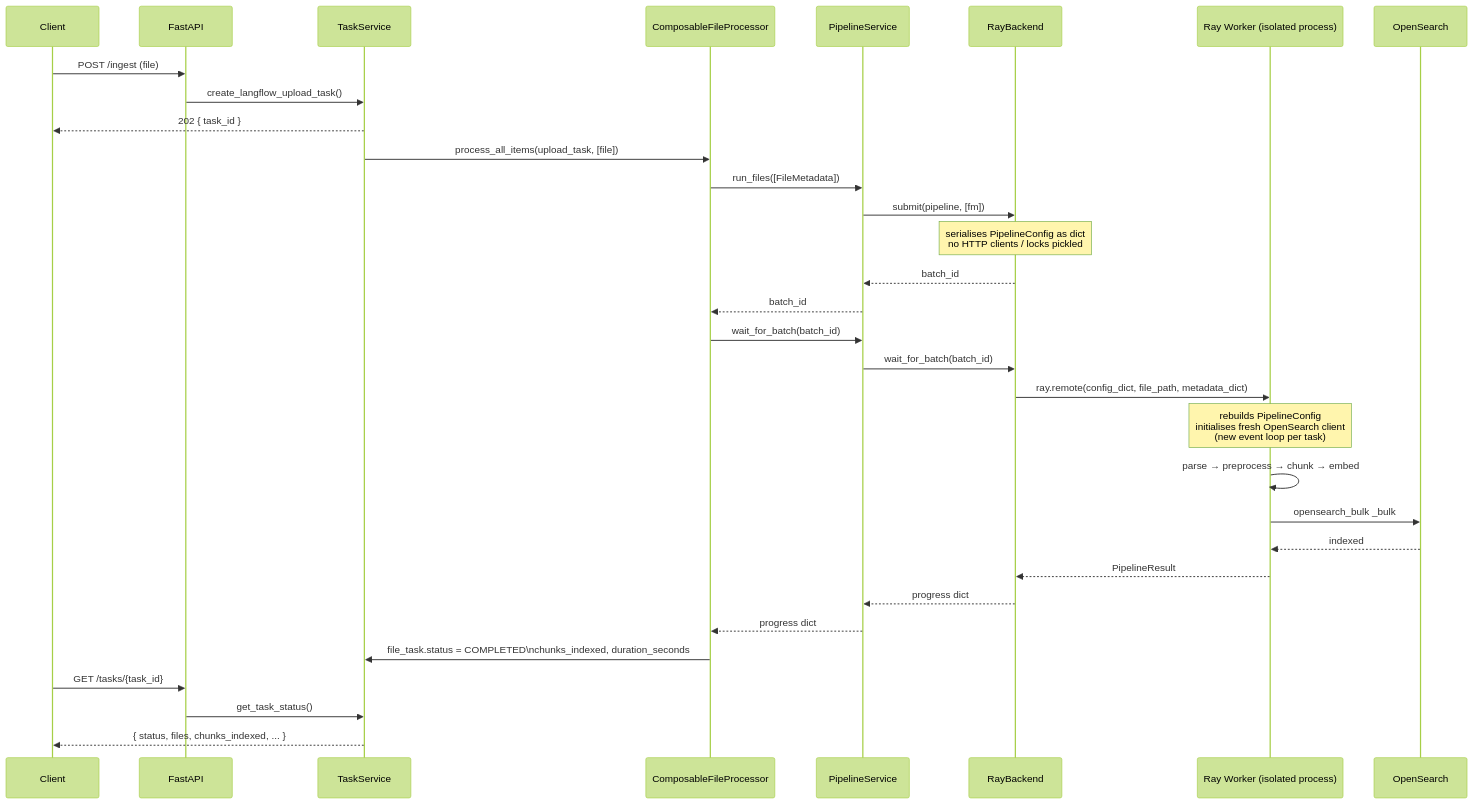
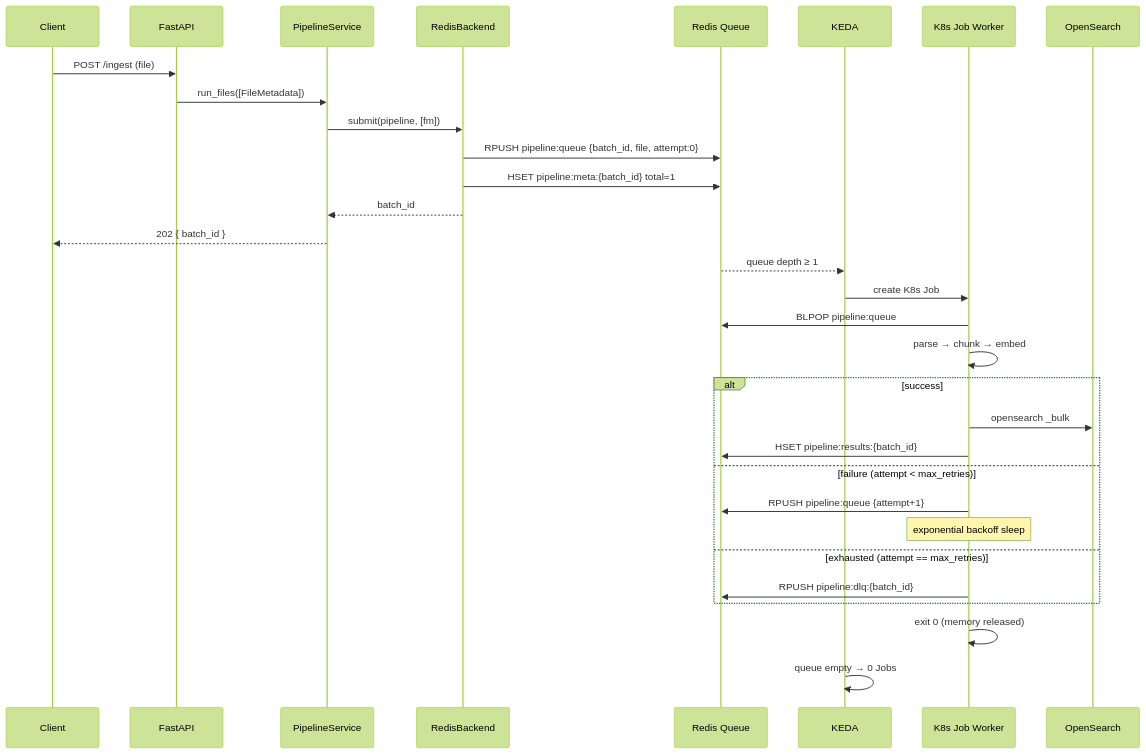
The sixth of 6 diagrams in Arch/diagram.md (AgNess-G/openrag), drawn with Mermaid (forest theme) before and after one commit. The commit also changed other lines of this file and 27 other files, not shown here.

First line of the commit message:
Switch execution backend from Ray to Redis+KEDA

````diff
--- a/Arch/diagram.md
+++ b/Arch/diagram.md
@@ -219,40 +240,37 @@
 ```mermaid
 sequenceDiagram
     participant UI as Client
     participant API as FastAPI
-    participant TS as TaskService
-    participant CFP as ComposableFileProcessor
     participant PS as PipelineService
-    participant RB as RayBackend
-    participant RW as Ray Worker (isolated process)
+    participant RB as RedisBackend
+    participant RQ as Redis Queue
+    participant KEDA as KEDA
+    participant Job as K8s Job Worker
     participant OS as OpenSearch
 
     UI->>API: POST /ingest (file)
-    API->>TS: create_langflow_upload_task()
-    TS-->>UI: 202 { task_id }
-    TS->>CFP: process_all_items(upload_task, [file])
+    API->>PS: run_files([FileMetadata])
+    PS->>RB: submit(pipeline, [fm])
+    RB->>RQ: RPUSH pipeline:queue {batch_id, file, attempt:0}
+    RB->>RQ: HSET pipeline:meta:{batch_id} total=1
+    RB-->>PS: batch_id
+    PS-->>UI: 202 { batch_id }
 
-    CFP->>PS: run_files([FileMetadata])
-    PS->>RB: submit(pipeline, [fm])
-    Note over RB: serialises PipelineConfig as dict<br/>no HTTP clients / locks pickled
-    RB-->>PS: batch_id
-    PS-->>CFP: batch_id
+    RQ-->>KEDA: queue depth ≥ 1
+    KEDA->>Job: create K8s Job
+    Job->>RQ: BLPOP pipeline:queue
+    Job->>Job: parse → chunk → embed
 
-    CFP->>PS: wait_for_batch(batch_id)
-    PS->>RB: wait_for_batch(batch_id)
+    alt success
+        Job->>OS: opensearch _bulk
+        Job->>RQ: HSET pipeline:results:{batch_id}
+    else failure (attempt < max_retries)
+        Job->>RQ: RPUSH pipeline:queue {attempt+1}
+        Note over Job: exponential backoff sleep
+    else exhausted (attempt == max_retries)
+        Job->>RQ: RPUSH pipeline:dlq:{batch_id}
+    end
 
-    RB->>RW: ray.remote(config_dict, file_path, metadata_dict)
-    Note over RW: rebuilds PipelineConfig<br/>initialises fresh OpenSearch client<br/>(new event loop per task)
-    RW->>RW: parse → preprocess → chunk → embed
-    RW->>OS: opensearch_bulk _bulk
-    OS-->>RW: indexed
-    RW-->>RB: PipelineResult
-
-    RB-->>PS: progress dict
-    PS-->>CFP: progress dict
-    CFP->>TS: file_task.status = COMPLETED\nchunks_indexed, duration_seconds
-
-    UI->>API: GET /tasks/{task_id}
-    API->>TS: get_task_status()
-    TS-->>UI: { status, files, chunks_indexed, ... }
+    Job->>Job: exit 0 (memory released)
+    KEDA->>KEDA: queue empty → 0 Jobs
 ```
````
